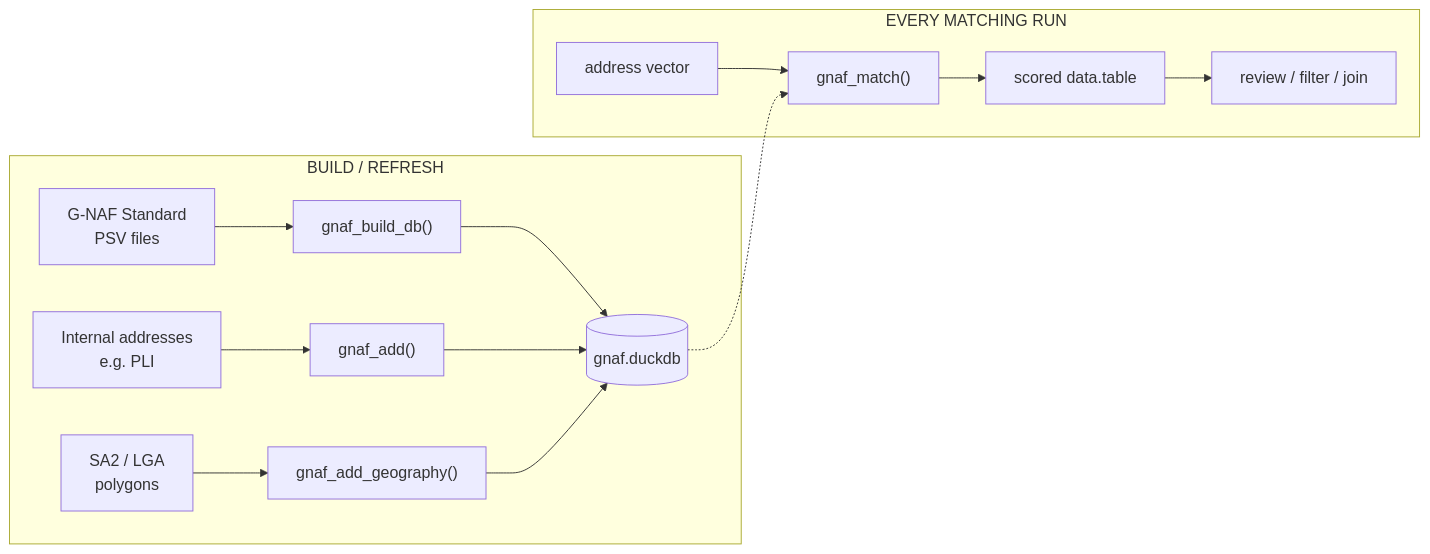
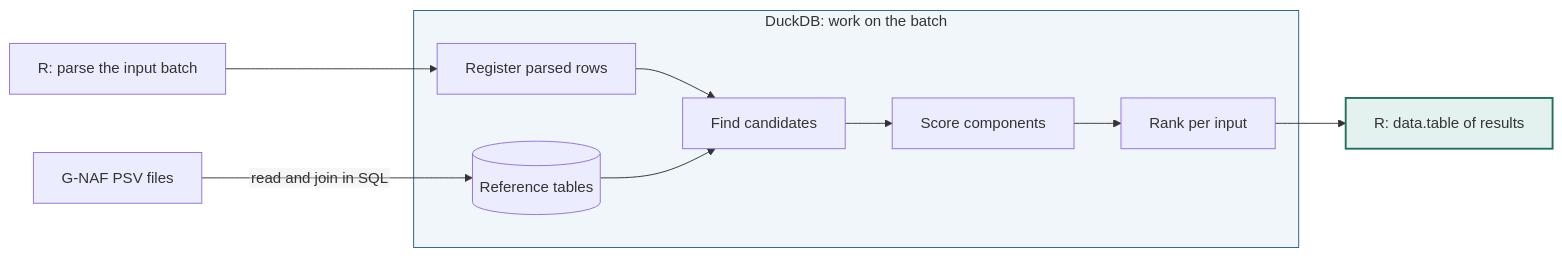
One commit to KyleHaynes/gnafr changed the second of 5 diagrams in slides/gnafr-overview.qmd. Above: the diagram before and after it, drawn with Mermaid. The commit also changed other lines of this file and 38 other files, not shown here.

````diff
--- a/slides/gnafr-overview.qmd
+++ b/slides/gnafr-overview.qmd
@@ -248,17 +207,17 @@
 ```{mermaid}
-%%| fig-height: 4.9
-%%{init: {'themeVariables': {'fontSize': '17px'}}}%%
+%%| eval: true
+%%| echo: false
+%%| fig-height: 4.2
+%%| fig-width: 13
+%%{init: {'flowchart': {'htmlLabels': false}}}%%
 flowchart LR
-  subgraph BUILD["BUILD / REFRESH"]
-    A["G-NAF Standard<br/>PSV files"] --> B["gnaf_build_db()"]
-    X["Internal addresses<br/>e.g. PLI"] --> C["gnaf_add()"]
-    B --> D[("gnaf.duckdb")]
-    C --> D
-    P["SA2 / LGA<br/>polygons"] --> E["gnaf_add_geography()"] --> D
+  P["G-NAF PSV files"] -->|read and join in SQL| D[("Reference tables")]
+  R["R: parse the input batch"] --> I["Register parsed rows"]
+  subgraph SQL["DuckDB: work on the batch"]
+    I --> C["Find candidates"] --> S["Score components"] --> K["Rank per input"]
+    D --> C
   end
-  subgraph USE["EVERY MATCHING RUN"]
-    I["address vector"] --> M["gnaf_match()"] --> O["scored data.table"]
-    O --> V["review / filter / join"]
-  end
-  D -.-> M
+  K --> O["R: data.table of results"]
+  style SQL fill:#f0f6fa,stroke:#236188
+  style O fill:#e3f2ef,stroke:#21705b,stroke-width:2px
 ```
````
